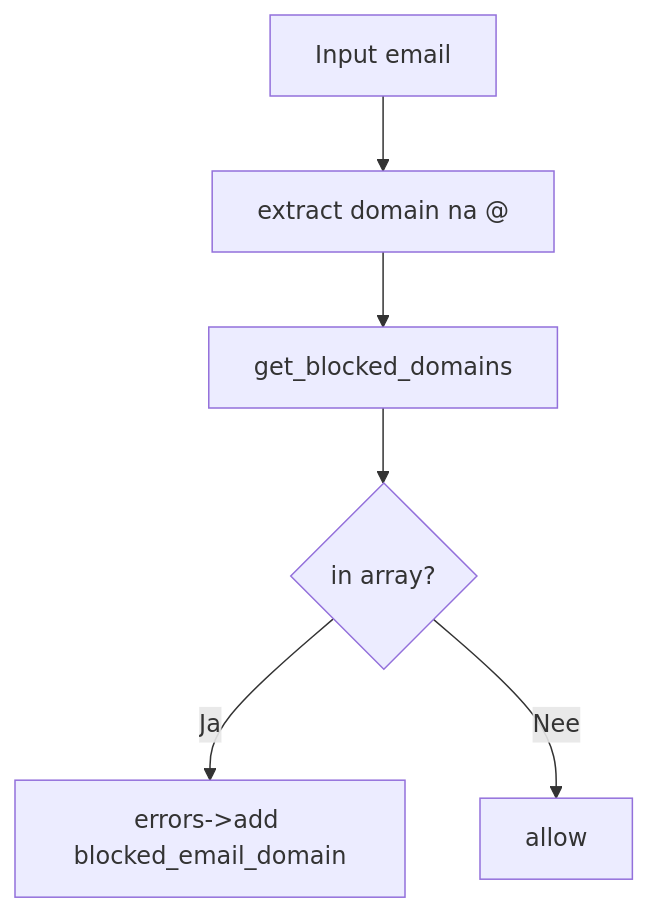
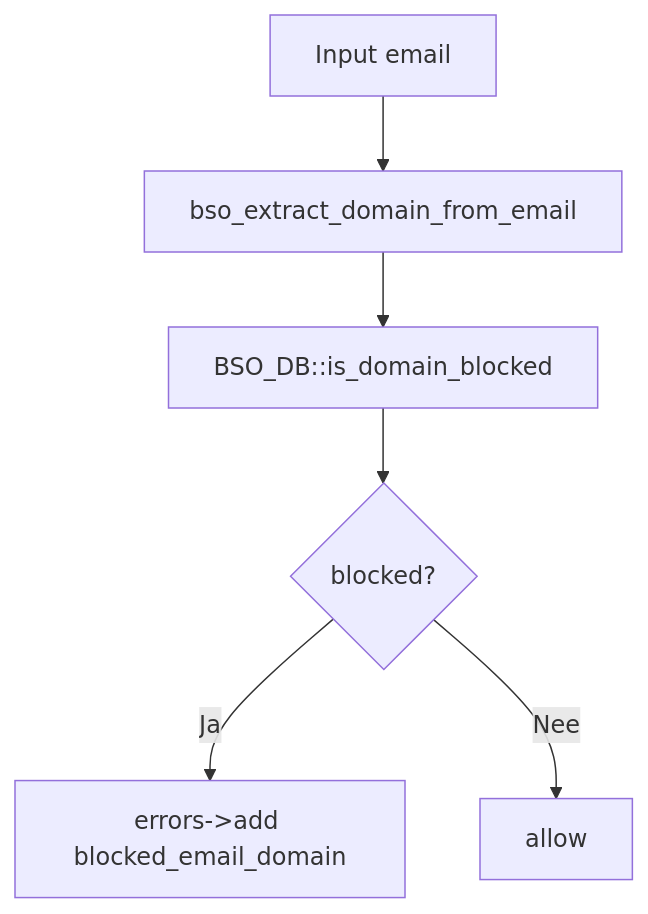
One commit to byteway/bso-wp-blocked-domains changed the fifth of 5 diagrams in document/Technical_Design.md. Above: the diagram before and after it, drawn with Mermaid. The commit also changed other lines of this file and 2 other files, not shown here.

````diff
--- a/document/Technical_Design.md
+++ b/document/Technical_Design.md
@@ -258,8 +292,8 @@
 ```mermaid
 flowchart TD
-		A[Input email] --> B[extract domain na @]
-		B --> C[get_blocked_domains]
-		C --> D{in array?}
-		D -- Ja --> E[errors->add blocked_email_domain]
-		D -- Nee --> F[allow]
+	A[Input email] --> B[bso_extract_domain_from_email]
+	B --> C[BSO_DB::is_domain_blocked]
+	C --> D{blocked?}
+	D -- Ja --> E[errors->add blocked_email_domain]
+	D -- Nee --> F[allow]
 ```
````
